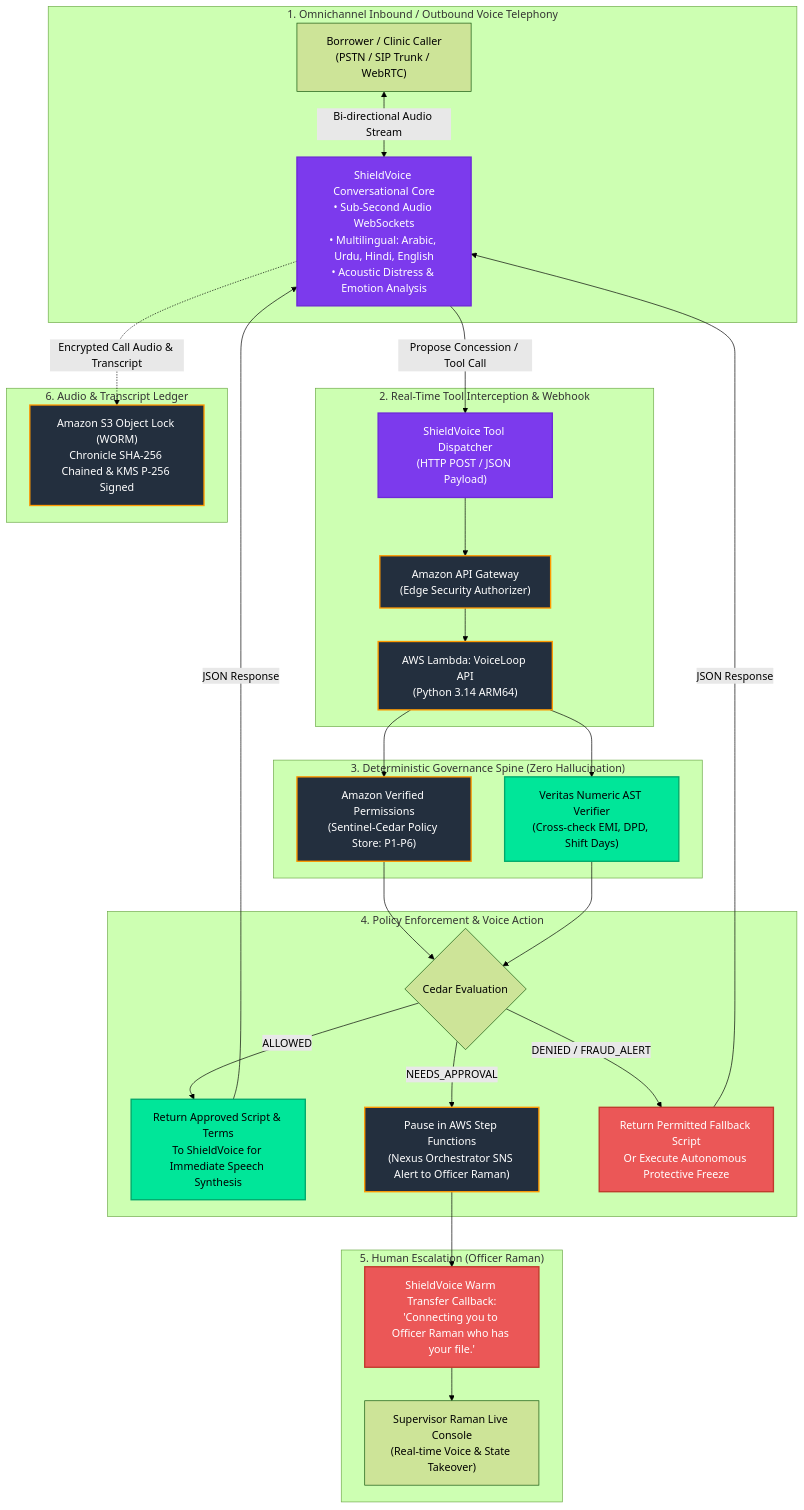
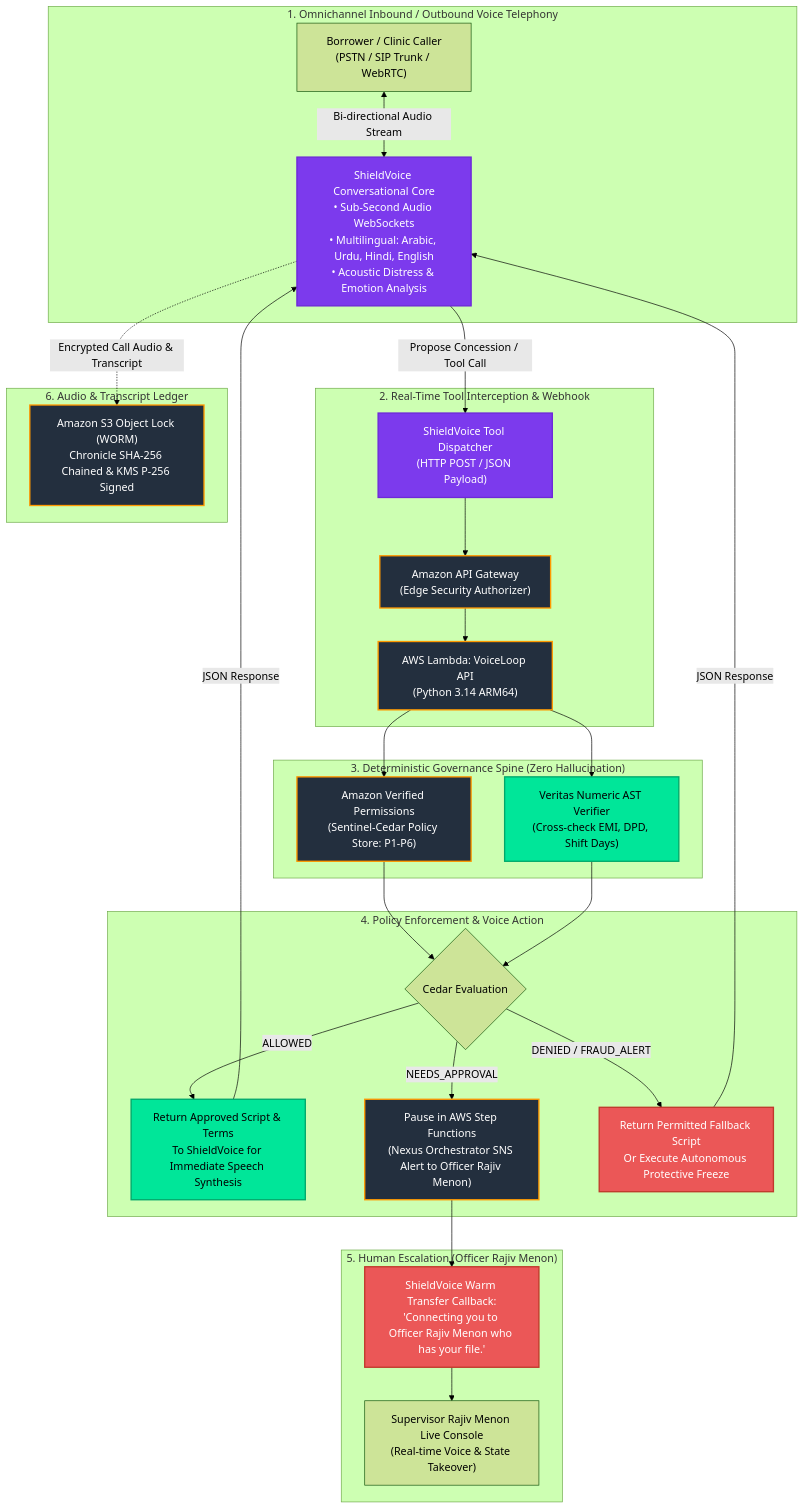
Before and after one commit to Nandanhs006/AWS-CreditShield: the sixth of 6 diagrams in README.md, drawn with Mermaid (forest theme). The commit also changed other lines of this file and 11 other files, not shown here.

````diff
--- a/README.md
+++ b/README.md
@@ -283,47 +283,47 @@
 ```mermaid
 flowchart TD
   subgraph Telephony ["1. Omnichannel Inbound / Outbound Voice Telephony"]
     CALLER["Borrower / Clinic Caller<br/>(PSTN / SIP Trunk / WebRTC)"]
     SHIELD_VOICE["ShieldVoice Conversational Core<br/>• Sub-Second Audio WebSockets<br/>• Multilingual: Arabic, Urdu, Hindi, English<br/>• Acoustic Distress & Emotion Analysis"]
     CALLER <-->|Bi-directional Audio Stream| SHIELD_VOICE
   end
 
   subgraph VoiceWebhook ["2. Real-Time Tool Interception & Webhook"]
     SHIELD_VOICE -->|Propose Concession / Tool Call| VOICE_TOOL["ShieldVoice Tool Dispatcher<br/>(HTTP POST / JSON Payload)"]
     VOICE_TOOL --> APIGW["Amazon API Gateway<br/>(Edge Security Authorizer)"]
     APIGW --> LAMBDA_CHAT["AWS Lambda: VoiceLoop API<br/>(Python 3.14 ARM64)"]
   end
 
   subgraph DeterministicEngine ["3. Deterministic Governance Spine (Zero Hallucination)"]
     LAMBDA_CHAT --> CEDAR["Amazon Verified Permissions<br/>(Sentinel-Cedar Policy Store: P1-P6)"]
     LAMBDA_CHAT --> NUM_VERIF["Veritas Numeric AST Verifier<br/>(Cross-check EMI, DPD, Shift Days)"]
   end
 
   subgraph RoutingDecision ["4. Policy Enforcement & Voice Action"]
     CEDAR & NUM_VERIF --> DECISION{Cedar Evaluation}
     DECISION -->|ALLOWED| AUTO_SPEECH["Return Approved Script & Terms<br/>To ShieldVoice for Immediate Speech Synthesis"]
-    DECISION -->|NEEDS_APPROVAL| SFN_PAUSE["Pause in AWS Step Functions<br/>(Nexus Orchestrator SNS Alert to Officer Raman)"]
+    DECISION -->|NEEDS_APPROVAL| SFN_PAUSE["Pause in AWS Step Functions<br/>(Nexus Orchestrator SNS Alert to Officer Rajiv Menon)"]
     DECISION -->|DENIED / FRAUD_ALERT| FORBID_SPEECH["Return Permitted Fallback Script<br/>Or Execute Autonomous Protective Freeze"]
   end
 
-  subgraph SupervisorHandoff ["5. Human Escalation (Officer Raman)"]
-    SFN_PAUSE --> TRANSFER["ShieldVoice Warm Transfer Callback:<br/>'Connecting you to Officer Raman who has your file.'"]
-    TRANSFER --> RAMAN_DESK["Supervisor Raman Live Console<br/>(Real-time Voice & State Takeover)"]
+  subgraph SupervisorHandoff ["5. Human Escalation (Officer Rajiv Menon)"]
+    SFN_PAUSE --> TRANSFER["ShieldVoice Warm Transfer Callback:<br/>'Connecting you to Officer Rajiv Menon who has your file.'"]
+    TRANSFER --> MENON_DESK["Supervisor Rajiv Menon Live Console<br/>(Real-time Voice & State Takeover)"]
   end
 
   subgraph ImmutableLedger ["6. Audio & Transcript Ledger"]
     SHIELD_VOICE -.->|Encrypted Call Audio & Transcript| S3_AUDIO["Amazon S3 Object Lock (WORM)<br/>Chronicle SHA-256 Chained & KMS P-256 Signed"]
   end
 
   AUTO_SPEECH -->|JSON Response| SHIELD_VOICE
   FORBID_SPEECH -->|JSON Response| SHIELD_VOICE
 
   classDef el fill:#7C3AED,stroke:#6D28D9,stroke-width:2px,color:#FFFFFF;
   classDef aws fill:#232F3E,stroke:#FF9900,stroke-width:2px,color:#FFFFFF;
   classDef gov fill:#00E699,stroke:#00A86B,stroke-width:2px,color:#000000;
   classDef alert fill:#EB5757,stroke:#C0392B,stroke-width:2px,color:#FFFFFF;
   class SHIELD_VOICE,VOICE_TOOL el;
   class APIGW,LAMBDA_CHAT,CEDAR,SFN_PAUSE,S3_AUDIO aws;
   class NUM_VERIF,AUTO_SPEECH gov;
   class FORBID_SPEECH,TRANSFER alert;
 ```
````
